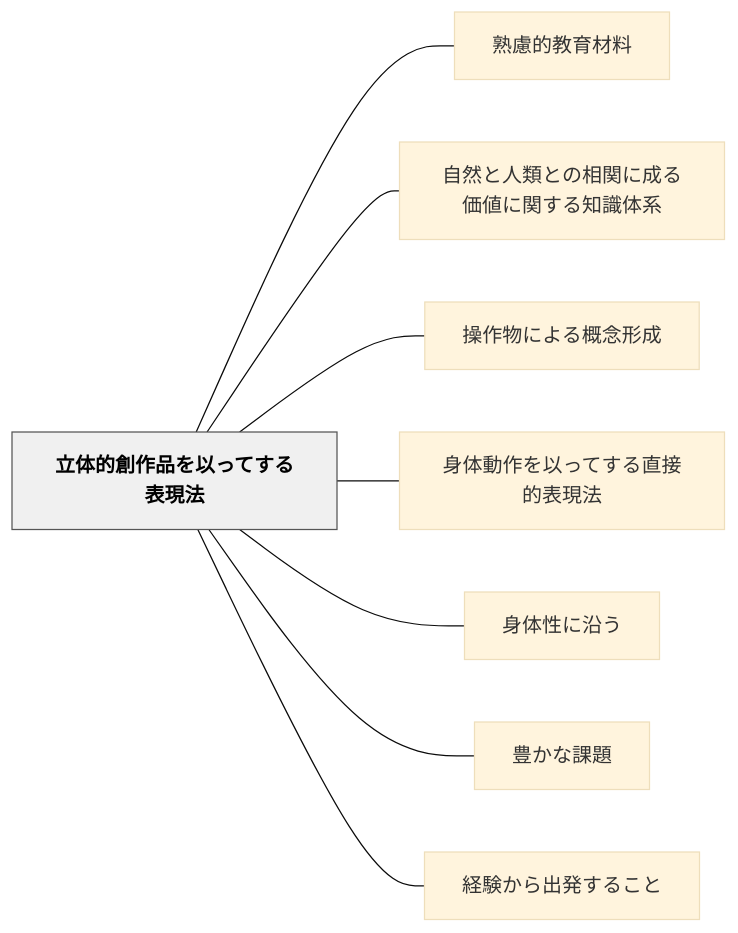
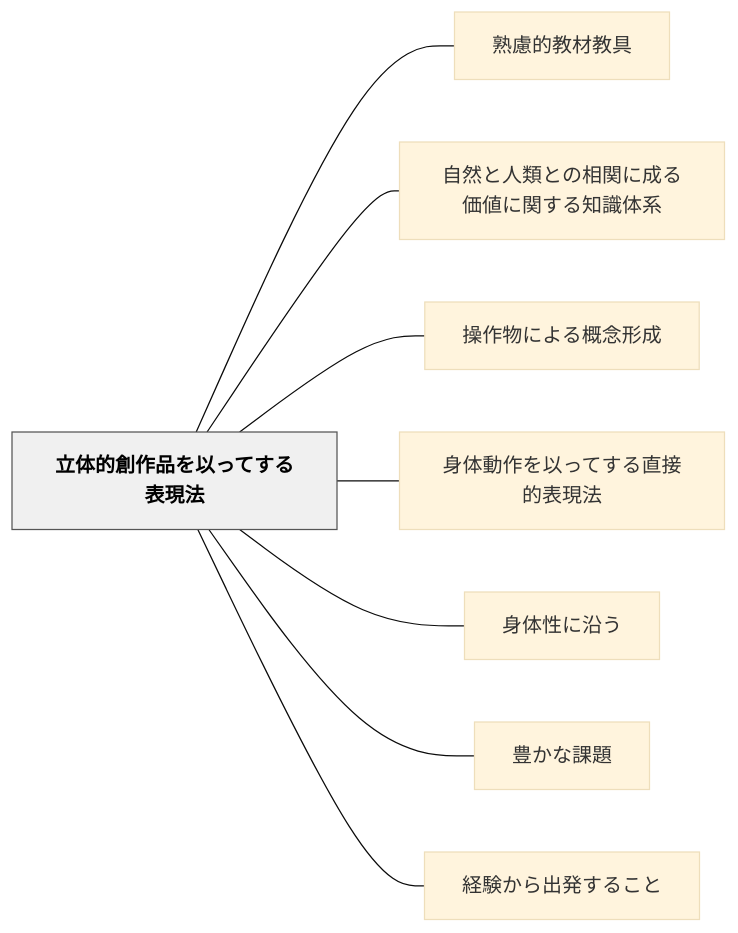
One commit to unknownthings-ed-patterns/unknownthings-ed-patterns changed the diagram in content/パタン/立体的創作品を以ってする表現法.md. Above: the diagram before and after it, drawn with Mermaid (base theme). The commit also changed other lines of this file and 72 other files, not shown here.

````diff
--- a/content/パタン/立体的創作品を以ってする表現法.md
+++ b/content/パタン/立体的創作品を以ってする表現法.md
@@ -49,22 +49,22 @@
 ```mermaid
 flowchart LR
     ne7ab8be4bd93e79a84e589b5e4bd9ce59381e38292e4bba5e381a3e381a6e38199e3828be8a1a8e78fbee6b395["立体的創作品を以ってする表現法"]
-    ne7869fe685aee79a84e69599e882b2e69d90e69699["熟慮的教育材料"]
+    ne7869fe685aee79a84e69599e69d90e69599e585b7["熟慮的教材教具"]
     ne887aae784b6e381a8e4babae9a19ee381a8e381aee79bb8e996a2e381abe68890e3828be4bea1e580a4e381abe996a2e38199e3828be79fa5e8ad98e4bd93e7b3bb["自然と人類との相関に成る価値に関する知識体系"]
     ne6938de4bd9ce789a9e381abe38288e3828be6a682e5bfb5e5bda2e68890["操作物による概念形成"]
     ne8baabe4bd93e58b95e4bd9ce38292e4bba5e381a3e381a6e38199e3828be79bb4e68ea5e79a84e8a1a8e78fbee6b395["身体動作を以ってする直接的表現法"]
     ne8baabe4bd93e680a7e381abe6b2bfe38186["身体性に沿う"]
     ne8b18ae3818be381aae8aab2e9a18c["豊かな課題"]
     ne7b58ce9a893e3818be38289e587bae799bae38199e3828be38193e381a8["経験から出発すること"]
 
-    ne7ab8be4bd93e79a84e589b5e4bd9ce59381e38292e4bba5e381a3e381a6e38199e3828be8a1a8e78fbee6b395 --- ne7869fe685aee79a84e69599e882b2e69d90e69699
+    ne7ab8be4bd93e79a84e589b5e4bd9ce59381e38292e4bba5e381a3e381a6e38199e3828be8a1a8e78fbee6b395 --- ne7869fe685aee79a84e69599e69d90e69599e585b7
     ne7ab8be4bd93e79a84e589b5e4bd9ce59381e38292e4bba5e381a3e381a6e38199e3828be8a1a8e78fbee6b395 --- ne887aae784b6e381a8e4babae9a19ee381a8e381aee79bb8e996a2e381abe68890e3828be4bea1e580a4e381abe996a2e38199e3828be79fa5e8ad98e4bd93e7b3bb
     ne7ab8be4bd93e79a84e589b5e4bd9ce59381e38292e4bba5e381a3e381a6e38199e3828be8a1a8e78fbee6b395 --- ne6938de4bd9ce789a9e381abe38288e3828be6a682e5bfb5e5bda2e68890
     ne7ab8be4bd93e79a84e589b5e4bd9ce59381e38292e4bba5e381a3e381a6e38199e3828be8a1a8e78fbee6b395 --- ne8baabe4bd93e58b95e4bd9ce38292e4bba5e381a3e381a6e38199e3828be79bb4e68ea5e79a84e8a1a8e78fbee6b395
     ne7ab8be4bd93e79a84e589b5e4bd9ce59381e38292e4bba5e381a3e381a6e38199e3828be8a1a8e78fbee6b395 --- ne8baabe4bd93e680a7e381abe6b2bfe38186
     ne7ab8be4bd93e79a84e589b5e4bd9ce59381e38292e4bba5e381a3e381a6e38199e3828be8a1a8e78fbee6b395 --- ne8b18ae3818be381aae8aab2e9a18c
     ne7ab8be4bd93e79a84e589b5e4bd9ce59381e38292e4bba5e381a3e381a6e38199e3828be8a1a8e78fbee6b395 --- ne7b58ce9a893e3818be38289e587bae799bae38199e3828be38193e381a8
 
     classDef hub fill:#f0f0f0,stroke:#555,color:#000,font-weight:bold
     class ne7ab8be4bd93e79a84e589b5e4bd9ce59381e38292e4bba5e381a3e381a6e38199e3828be8a1a8e78fbee6b395 hub
 ```
````
